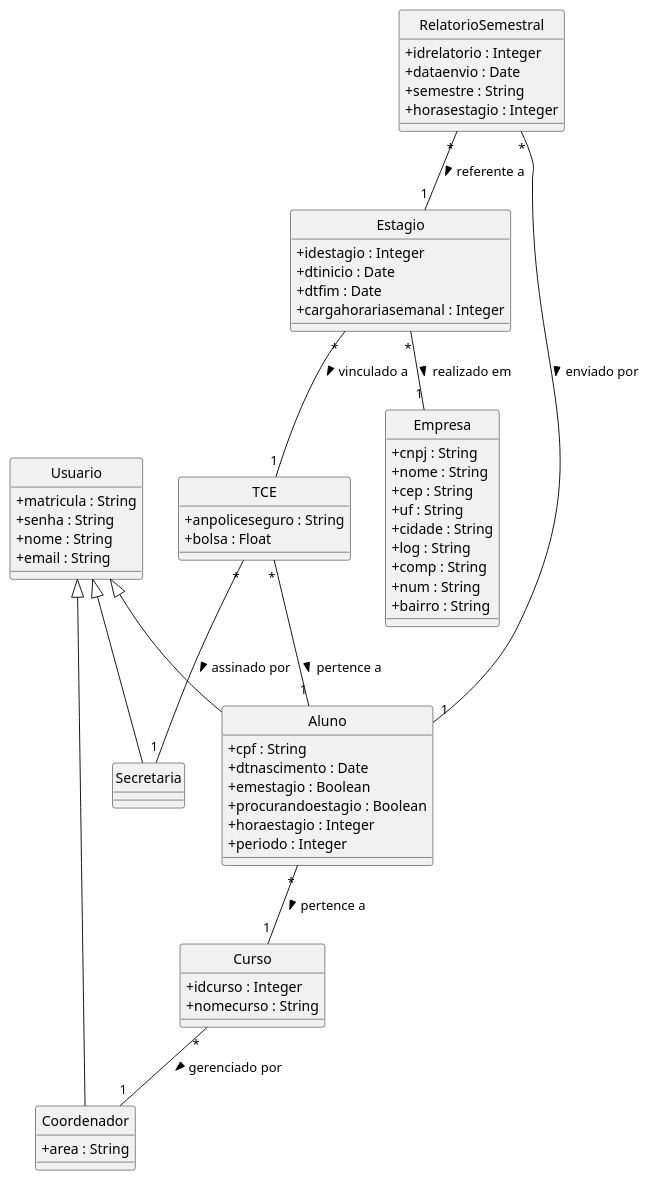
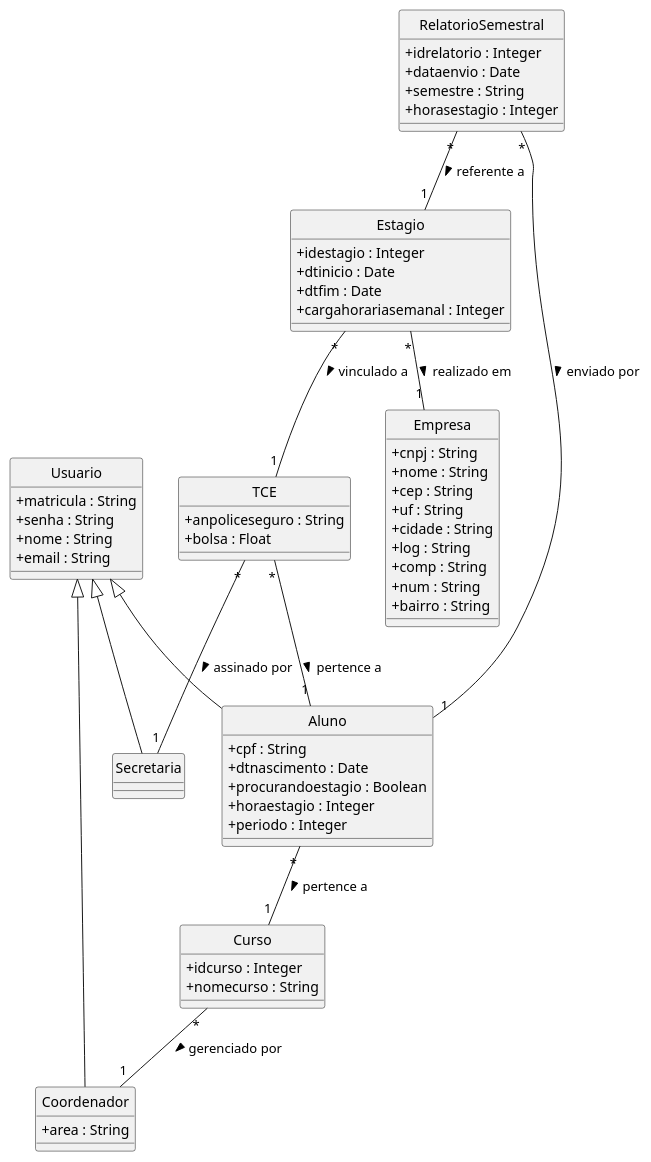
One commit to Projetos-de-Extensao/PBE_26.1_8002_IV changed the diagram in docs/Elaboracao/diagrama_de_classe.puml. Above: the diagram before and after it, drawn with PlantUML.

Commit message:
emestagio removido

```diff
--- a/docs/Elaboracao/diagrama_de_classe.puml
+++ b/docs/Elaboracao/diagrama_de_classe.puml
@@ -1,99 +1,98 @@
 @startuml diagrama_estagio_django
 
 skinparam classAttributeIconSize 0
 skinparam monochrome true
 hide circle
 
 ' ─────────────────────────────
 '  USUÁRIO E HERANÇA
 ' ─────────────────────────────
 
 class Usuario {
   + matricula : String
   + senha : String
   + nome : String
   + email : String
 }
 
 class Secretaria {
   ' Herda os atributos de Usuario
 }
 
 class Aluno {
   + cpf : String
   + dtnascimento : Date
-  + emestagio : Boolean
   + procurandoestagio : Boolean
   + horaestagio : Integer
   + periodo : Integer
 }
 
 class Coordenador {
   + area : String
 }
 
 ' ─────────────────────────────
 '  ENTIDADES PRINCIPAIS
 ' ─────────────────────────────
 
 class Curso {
   + idcurso : Integer
   + nomecurso : String
 }
 
 class Empresa {
   + cnpj : String
   + nome : String
   + cep : String
   + uf : String
   + cidade : String
   + log : String
   + comp : String
   + num : String
   + bairro : String
 }
 
 class TCE {
   + anpoliceseguro : String
   + bolsa : Float
 }
 
 class Estagio {
   + idestagio : Integer
   + dtinicio : Date
   + dtfim : Date
   + cargahorariasemanal : Integer
 }
 
 class RelatorioSemestral {
   + idrelatorio : Integer
   + dataenvio : Date
   + semestre : String
   + horasestagio : Integer
 }
 
 ' ─────────────────────────────
 '  HERANÇA
 ' ─────────────────────────────
 
 Usuario <|-- Secretaria
 Usuario <|-- Aluno
 Usuario <|-- Coordenador
 
 ' ─────────────────────────────
 '  ASSOCIAÇÕES (Foreign Keys)
 ' ─────────────────────────────
 
 Aluno "*" -- "1" Curso : pertence a >
 Curso "*" -- "1" Coordenador : gerenciado por >
 
 TCE "*" -- "1" Secretaria : assinado por >
 TCE "*" -- "1" Aluno : pertence a >
 
 Estagio "*" -- "1" TCE : vinculado a >
 Estagio "*" -- "1" Empresa : realizado em >
 
 RelatorioSemestral "*" -- "1" Aluno : enviado por >
 RelatorioSemestral "*" -- "1" Estagio : referente a >
 
 @enduml
```
